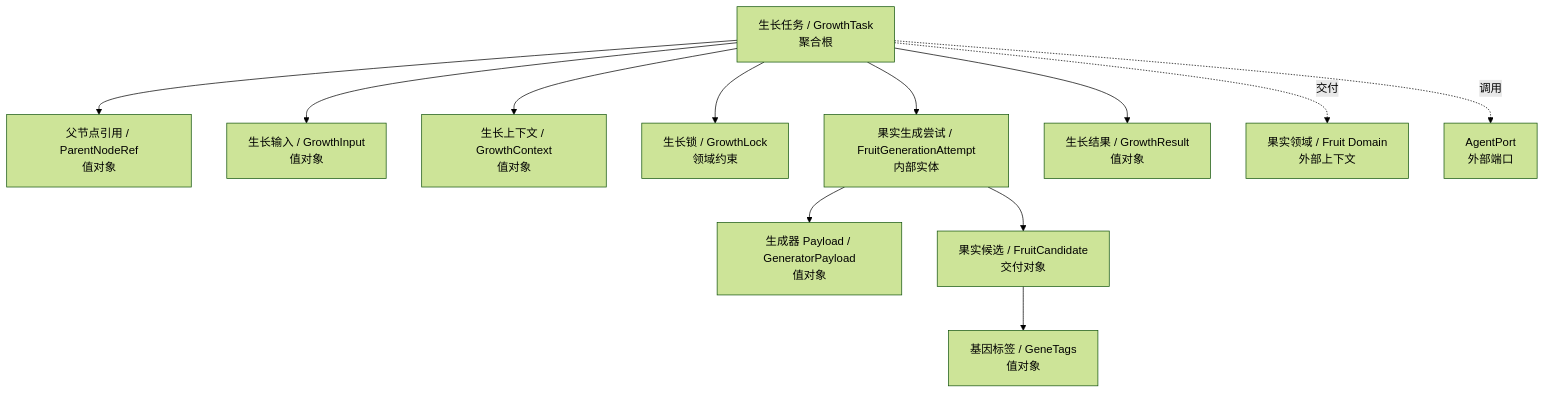
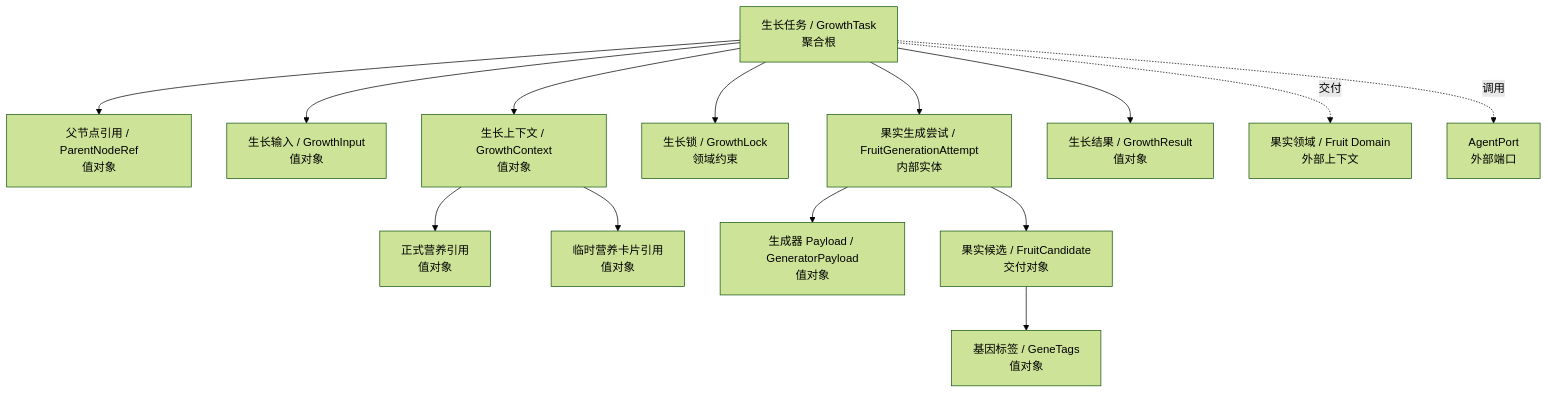
The first of 3 diagrams in docs/design/domain/枝化生长领域模块设计文档.md (Time-Machine-Lab/ContentForest), drawn with Mermaid (forest theme) before and after one commit. The commit also changed other lines of this file and 28 other files, not shown here.

````diff
--- a/docs/design/domain/枝化生长领域模块设计文档.md
+++ b/docs/design/domain/枝化生长领域模块设计文档.md
@@ -38,14 +40,16 @@
 ```mermaid
 graph TD
     GrowthTask["生长任务 / GrowthTask<br/>聚合根"] --> ParentNodeRef["父节点引用 / ParentNodeRef<br/>值对象"]
     GrowthTask --> GrowthInput["生长输入 / GrowthInput<br/>值对象"]
     GrowthTask --> GrowthContext["生长上下文 / GrowthContext<br/>值对象"]
+    GrowthContext --> FormalNutrientRef["正式营养引用<br/>值对象"]
+    GrowthContext --> TempCardRef["临时营养卡片引用<br/>值对象"]
     GrowthTask --> GrowthLock["生长锁 / GrowthLock<br/>领域约束"]
     GrowthTask --> Attempt["果实生成尝试 / FruitGenerationAttempt<br/>内部实体"]
     Attempt --> GeneratorPayload["生成器 Payload / GeneratorPayload<br/>值对象"]
     Attempt --> FruitCandidate["果实候选 / FruitCandidate<br/>交付对象"]
     FruitCandidate --> GeneTags["基因标签 / GeneTags<br/>值对象"]
     GrowthTask --> GrowthResult["生长结果 / GrowthResult<br/>值对象"]
     GrowthTask -.交付.-> FruitDomain["果实领域 / Fruit Domain<br/>外部上下文"]
     GrowthTask -.调用.-> AgentPort["AgentPort<br/>外部端口"]
 ```
````
